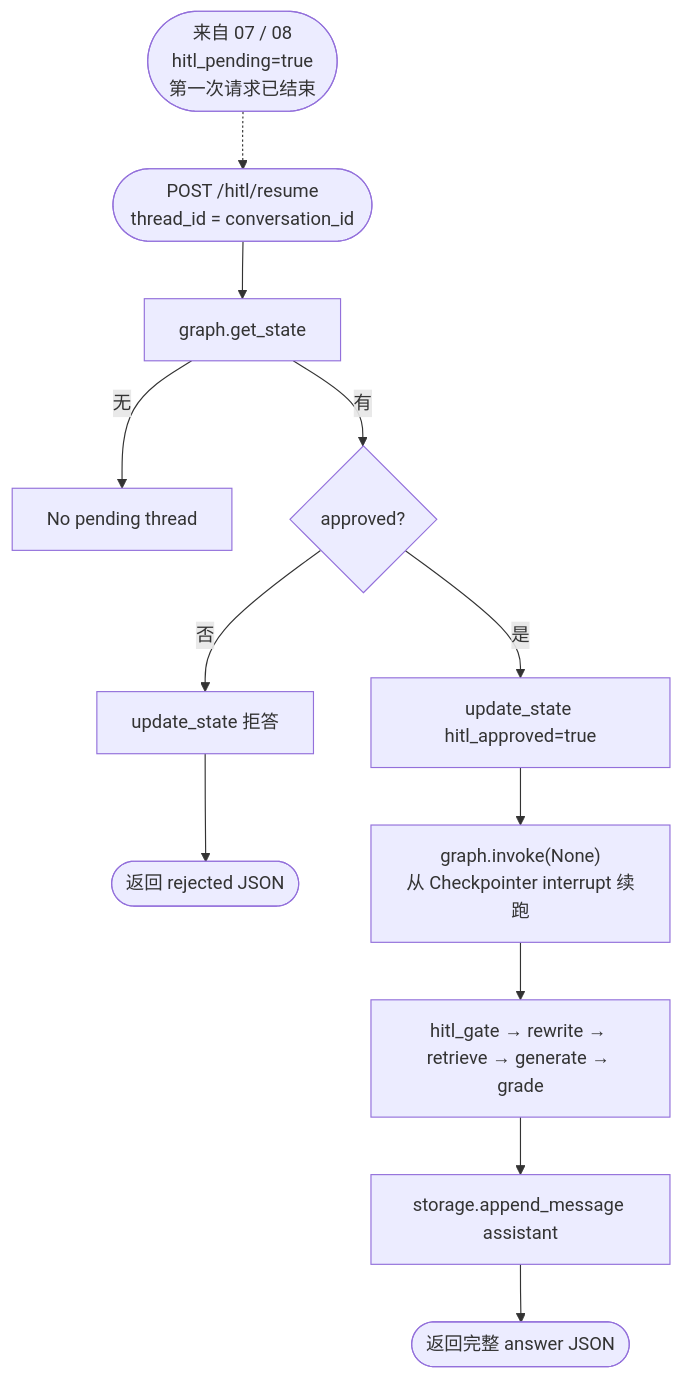
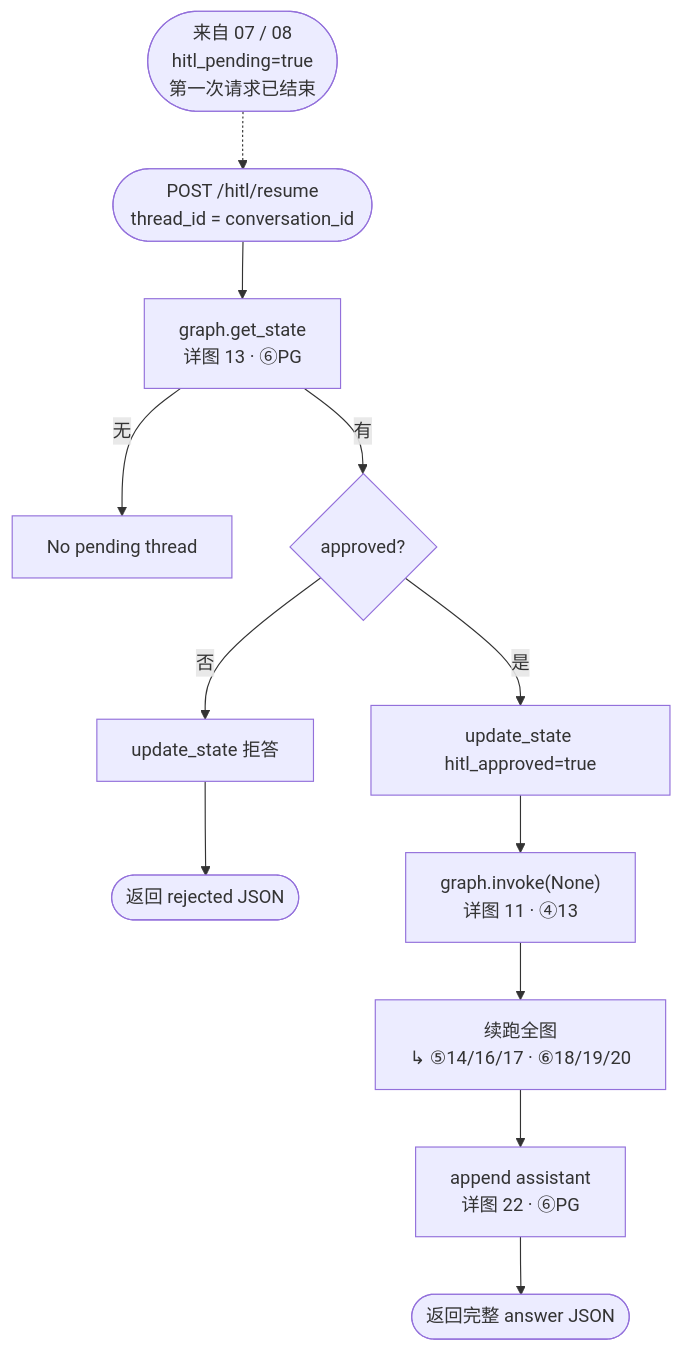
The tenth of 23 diagrams in project_00_rag_agent/docs/architecture.md (charlie-chann/ai-agent-langgraph-main), drawn with Mermaid before and after one commit. The commit also changed other lines of this file and 19 other files, not shown here.

Commit message:
docs(project_00): 完善 Streamlit UI 与启动流程源图

````diff
--- a/project_00_rag_agent/docs/architecture.md
+++ b/project_00_rag_agent/docs/architecture.md
@@ -558,19 +557,19 @@
 ```mermaid
 flowchart TD
     FROM(["来自 07 / 08<br/>hitl_pending=true<br/>第一次请求已结束"]) -.-> START
 
-    START([POST /hitl/resume<br/>thread_id = conversation_id]) --> SNAP[graph.get_state]
+    START([POST /hitl/resume<br/>thread_id = conversation_id]) --> SNAP["graph.get_state<br/>详图 13 · ⑥PG"]
     SNAP -->|无| ERR[No pending thread]
     SNAP -->|有| APPROVE{approved?}
 
     APPROVE -->|否| REJECT[update_state 拒答]
     REJECT --> END1([返回 rejected JSON])
 
     APPROVE -->|是| UPDATE[update_state hitl_approved=true]
-    UPDATE --> RESUME["graph.invoke(None)<br/>从 Checkpointer interrupt 续跑"]
-    RESUME --> FLOW[hitl_gate → rewrite → retrieve → generate → grade]
-    FLOW --> SAVE[storage.append_message assistant]
+    UPDATE --> RESUME["graph.invoke(None)<br/>详图 11 · ④13"]
+    RESUME --> FLOW["续跑全图<br/>↳ ⑤14/16/17 · ⑥18/19/20"]
+    FLOW --> SAVE["append assistant<br/>详图 22 · ⑥PG"]
     SAVE --> END2([返回完整 answer JSON])
 
     %% 独立第二次 HTTP；07/08 在 invoke/astream 中断后均走此路径
 ```
````
